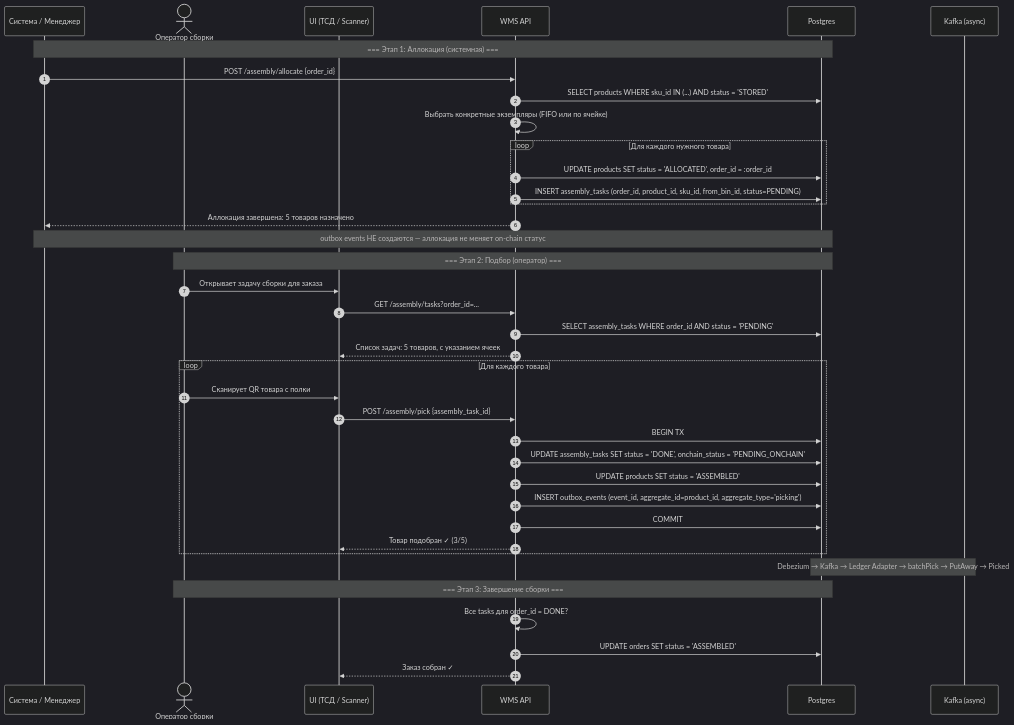
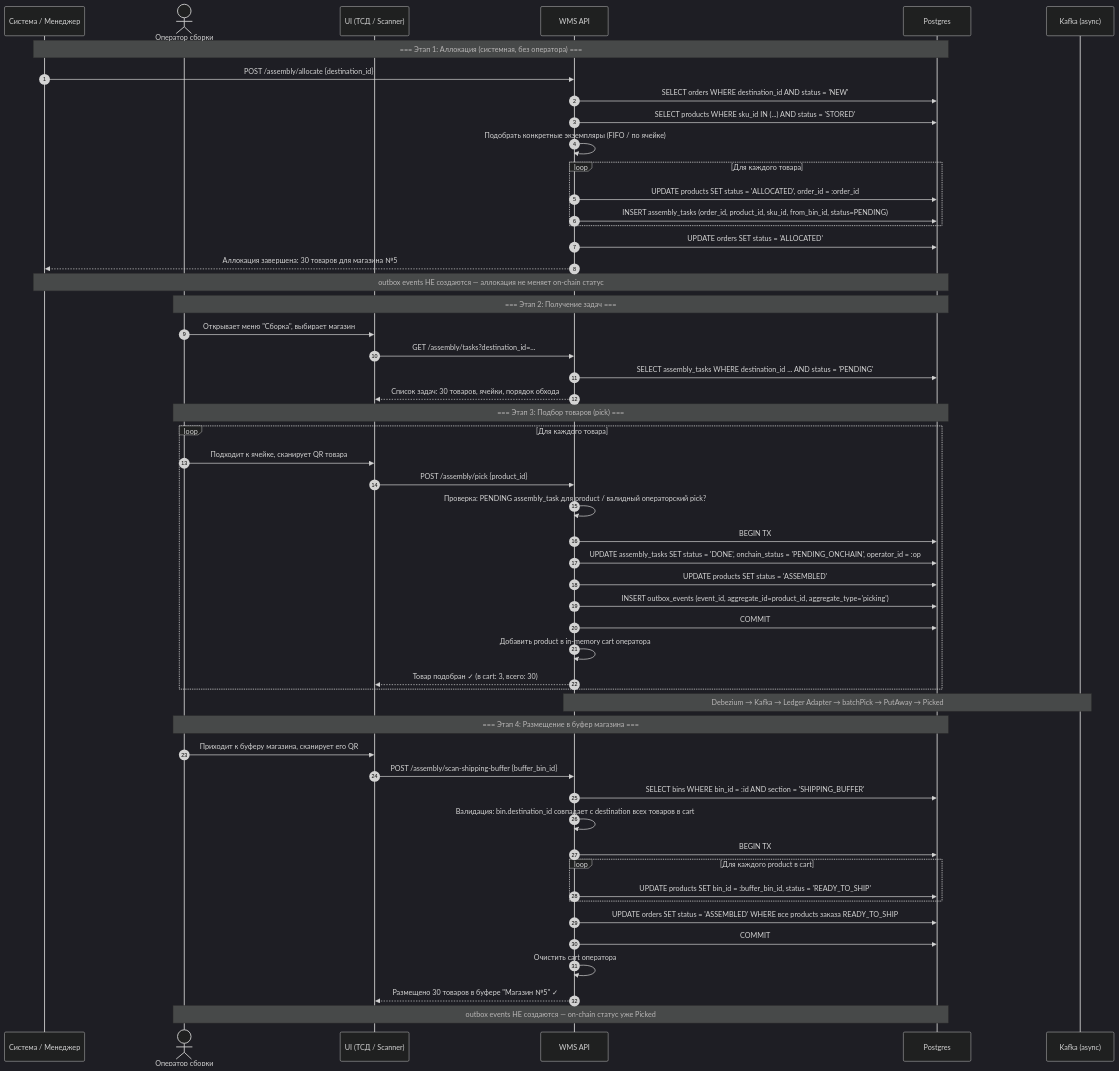
One commit to oglenyaboss/avalanche-wms changed the first of 6 diagrams in docs/flows/assembly-flow.md. Above: the diagram before and after it, drawn with Mermaid (dark theme). The commit also changed other lines of this file and 1 other file, not shown here.

First line of the commit message:
docs(flows): обновить assembly и shipping под решения встречи по outbound-потоку

````diff
--- a/docs/flows/assembly-flow.md
+++ b/docs/flows/assembly-flow.md
@@ -11,47 +21,65 @@
 ```mermaid
 sequenceDiagram
     autonumber
     participant SYS as Система / Менеджер
     actor Op as Оператор сборки
     participant UI as UI (ТСД / Scanner)
     participant WMS as WMS API
     participant PG as Postgres
     participant KF as Kafka (async)
 
-    Note over SYS,PG: === Этап 1: Аллокация (системная) ===
-    SYS->>WMS: POST /assembly/allocate {order_id}
+    Note over SYS,PG: === Этап 1: Аллокация (системная, без оператора) ===
+    SYS->>WMS: POST /assembly/allocate {destination_id}
+    WMS->>PG: SELECT orders WHERE destination_id AND status = 'NEW'
     WMS->>PG: SELECT products WHERE sku_id IN (...) AND status = 'STORED'
-    WMS->>WMS: Выбрать конкретные экземпляры (FIFO или по ячейке)
+    WMS->>WMS: Подобрать конкретные экземпляры (FIFO / по ячейке)
 
-    loop Для каждого нужного товара
+    loop Для каждого товара
         WMS->>PG: UPDATE products SET status = 'ALLOCATED', order_id = :order_id
         WMS->>PG: INSERT assembly_tasks (order_id, product_id, sku_id, from_bin_id, status=PENDING)
     end
-    WMS-->>SYS: Аллокация завершена: 5 товаров назначено
+    WMS->>PG: UPDATE orders SET status = 'ALLOCATED'
+    WMS-->>SYS: Аллокация завершена: 30 товаров для магазина №5
 
     Note over SYS,PG: outbox events НЕ создаются — аллокация не меняет on-chain статус
 
-    Note over Op,PG: === Этап 2: Подбор (оператор) ===
-    Op->>UI: Открывает задачу сборки для заказа
-    UI->>WMS: GET /assembly/tasks?order_id=...
-    WMS->>PG: SELECT assembly_tasks WHERE order_id AND status = 'PENDING'
-    WMS-->>UI: Список задач: 5 товаров, с указанием ячеек
+    Note over Op,PG: === Этап 2: Получение задач ===
+    Op->>UI: Открывает меню "Сборка", выбирает магазин
+    UI->>WMS: GET /assembly/tasks?destination_id=...
+    WMS->>PG: SELECT assembly_tasks WHERE destination_id ... AND status = 'PENDING'
+    WMS-->>UI: Список задач: 30 товаров, ячейки, порядок обхода
 
+    Note over Op,PG: === Этап 3: Подбор товаров (pick) ===
     loop Для каждого товара
-        Op->>UI: Сканирует QR товара с полки
-        UI->>WMS: POST /assembly/pick {assembly_task_id}
+        Op->>UI: Подходит к ячейке, сканирует QR товара
+        UI->>WMS: POST /assembly/pick {product_id}
+        WMS->>WMS: Проверка: PENDING assembly_task для product / валидный операторский pick?
         WMS->>PG: BEGIN TX
-        WMS->>PG: UPDATE assembly_tasks SET status = 'DONE', onchain_status = 'PENDING_ONCHAIN'
+        WMS->>PG: UPDATE assembly_tasks SET status = 'DONE', onchain_status = 'PENDING_ONCHAIN', operator_id = :op
         WMS->>PG: UPDATE products SET status = 'ASSEMBLED'
         WMS->>PG: INSERT outbox_events (event_id, aggregate_id=product_id, aggregate_type='picking')
         WMS->>PG: COMMIT
-        WMS-->>UI: Товар подобран ✓ (3/5)
+        WMS->>WMS: Добавить product в in-memory cart оператора
+        WMS-->>UI: Товар подобран ✓ (в cart: 3, всего: 30)
     end
 
-    Note over PG,KF: Debezium → Kafka → Ledger Adapter → batchPick → PutAway → Picked
+    Note over WMS,KF: Debezium → Kafka → Ledger Adapter → batchPick → PutAway → Picked
 
-    Note over Op,PG: === Этап 3: Завершение сборки ===
-    WMS->>WMS: Все tasks для order_id = DONE?
-    WMS->>PG: UPDATE orders SET status = 'ASSEMBLED'
-    WMS-->>UI: Заказ собран ✓
+    Note over Op,PG: === Этап 4: Размещение в буфер магазина ===
+    Op->>UI: Приходит к буферу магазина, сканирует его QR
+    UI->>WMS: POST /assembly/scan-shipping-buffer {buffer_bin_id}
+    WMS->>PG: SELECT bins WHERE bin_id = :id AND section = 'SHIPPING_BUFFER'
+    WMS->>WMS: Валидация: bin.destination_id совпадает с destination всех товаров в cart
+    WMS->>PG: BEGIN TX
+
+    loop Для каждого product в cart
+        WMS->>PG: UPDATE products SET bin_id = :buffer_bin_id, status = 'READY_TO_SHIP'
+    end
+
+    WMS->>PG: UPDATE orders SET status = 'ASSEMBLED' WHERE все products заказа READY_TO_SHIP
+    WMS->>PG: COMMIT
+    WMS->>WMS: Очистить cart оператора
+    WMS-->>UI: Размещено 30 товаров в буфере "Магазин №5" ✓
+
+    Note over Op,PG: outbox events НЕ создаются — on-chain статус уже Picked
 ```
````
